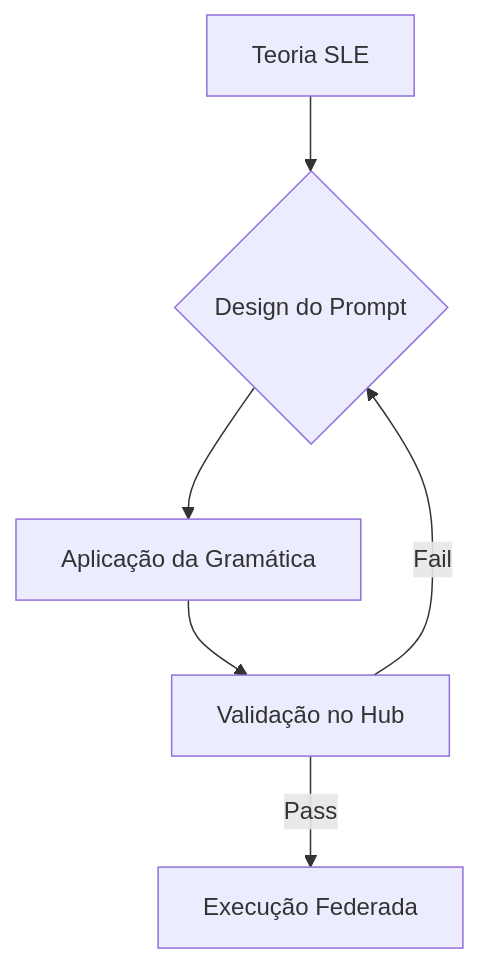
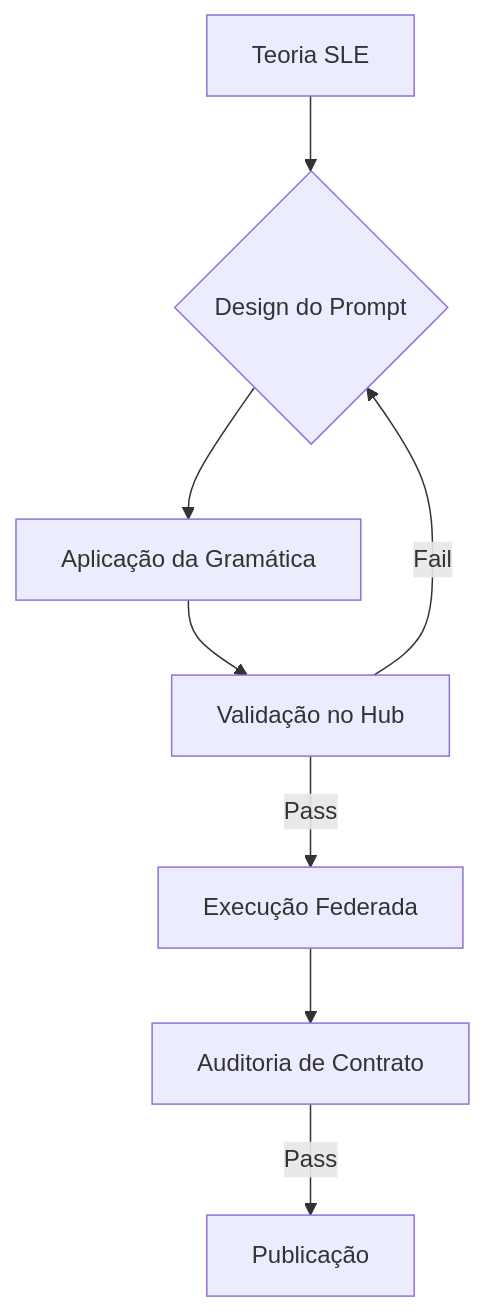
The diagram in docs/README.md (Davipinot/linguistic-lab-framewoRK), drawn with Mermaid before and after one commit. The commit also changed other lines of this file, not shown here.

`````diff
--- a/docs/README.md
+++ b/docs/README.md
@@ -44,8 +51,11 @@
 ```mermaid
 flowchart TD
     A[Teoria SLE] --> B{Design do Prompt}
     B --> C[Aplicação da Gramática]
     C --> D[Validação no Hub]
     D -- Pass --> E[Execução Federada]
     D -- Fail --> B
-````
+    E --> F[Auditoria de Contrato]
+    F -- Pass --> G[Publicação]
+
+```
`````
